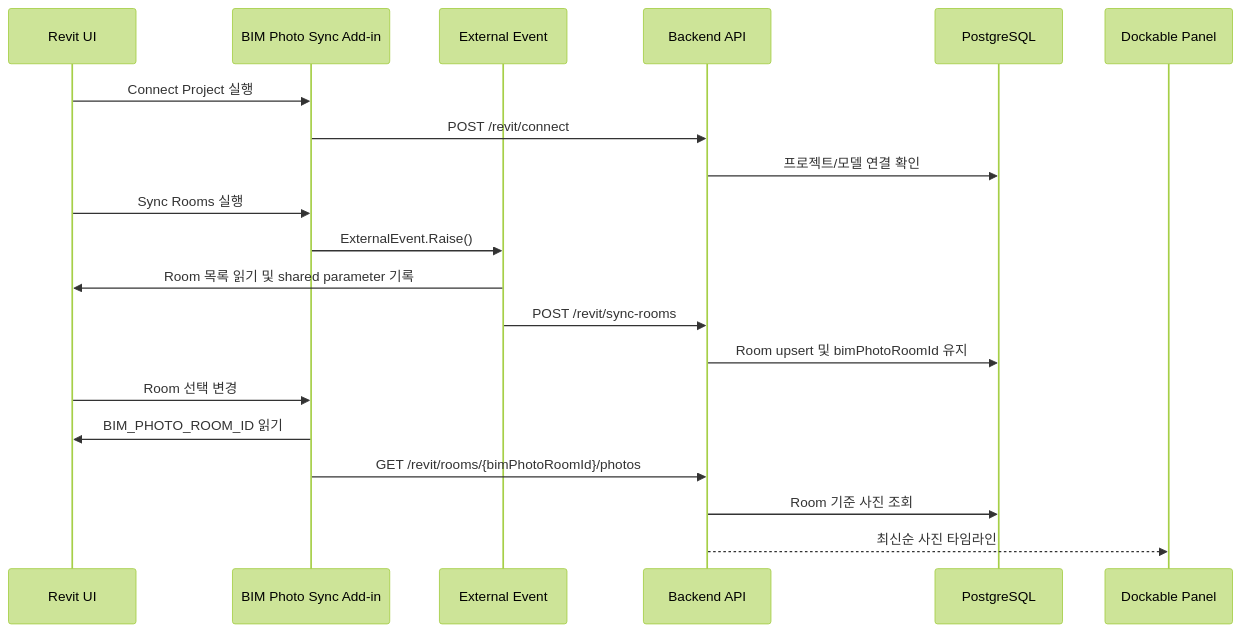
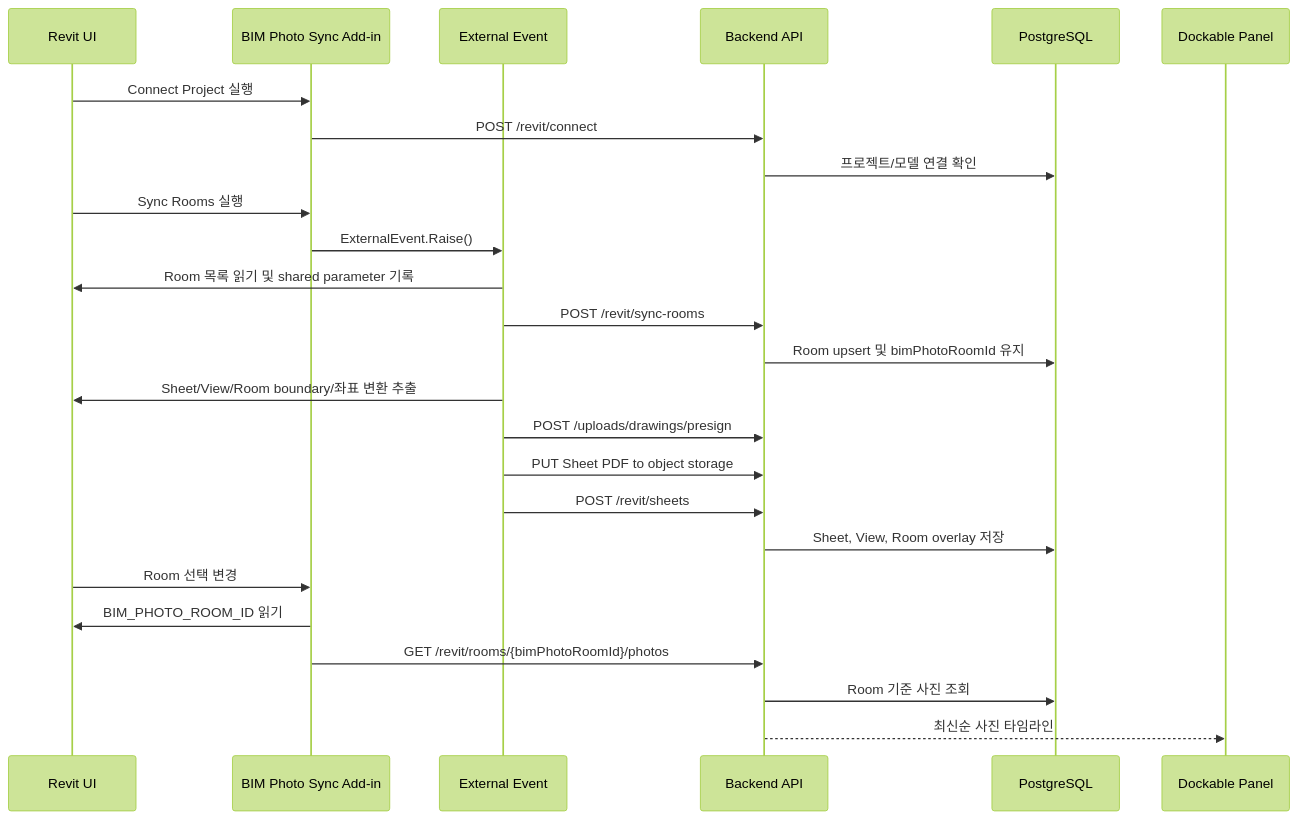
The fourth of 5 diagrams in README.md (KHSOL/BIMPhotoSync), drawn with Mermaid (forest theme) before and after one commit. The commit also changed other lines of this file and 14 other files, not shown here.

First line of the commit message:
Add Revit sheet overlay sync

````diff
--- a/README.md
+++ b/README.md
@@ -105,23 +115,28 @@
 ```mermaid
 sequenceDiagram
   participant Revit as Revit UI
   participant Addin as BIM Photo Sync Add-in
   participant Event as External Event
   participant API as Backend API
   participant DB as PostgreSQL
   participant Panel as Dockable Panel
 
   Revit->>Addin: Connect Project 실행
   Addin->>API: POST /revit/connect
   API->>DB: 프로젝트/모델 연결 확인
   Revit->>Addin: Sync Rooms 실행
   Addin->>Event: ExternalEvent.Raise()
   Event->>Revit: Room 목록 읽기 및 shared parameter 기록
   Event->>API: POST /revit/sync-rooms
   API->>DB: Room upsert 및 bimPhotoRoomId 유지
+  Event->>Revit: Sheet/View/Room boundary/좌표 변환 추출
+  Event->>API: POST /uploads/drawings/presign
+  Event->>API: PUT Sheet PDF to object storage
+  Event->>API: POST /revit/sheets
+  API->>DB: Sheet, View, Room overlay 저장
   Revit->>Addin: Room 선택 변경
   Addin->>Revit: BIM_PHOTO_ROOM_ID 읽기
   Addin->>API: GET /revit/rooms/{bimPhotoRoomId}/photos
   API->>DB: Room 기준 사진 조회
   API-->>Panel: 최신순 사진 타임라인
 ```
````
